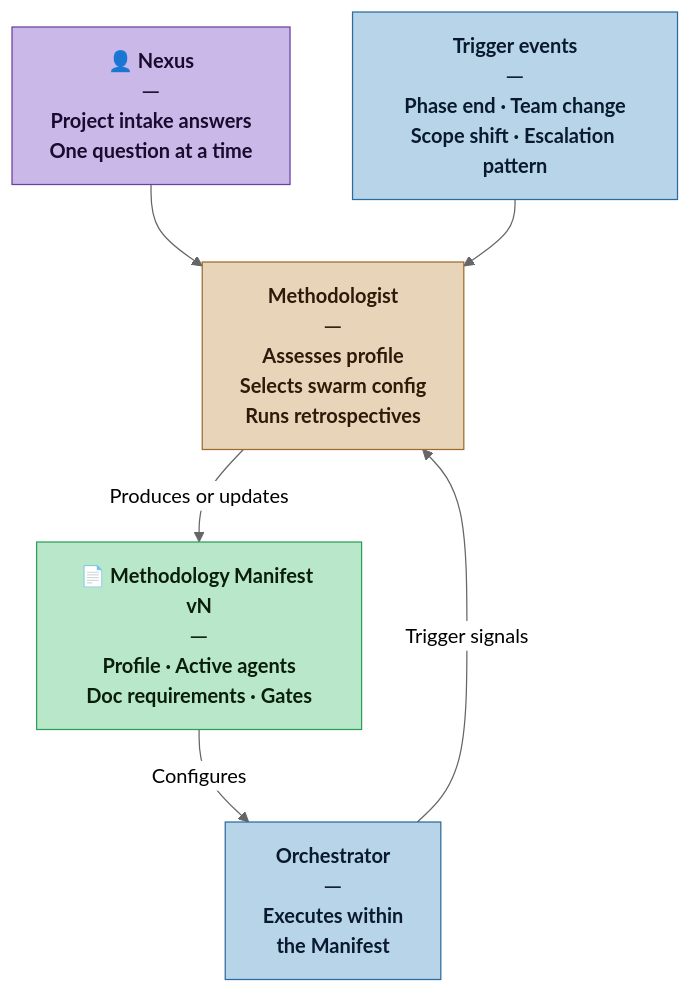
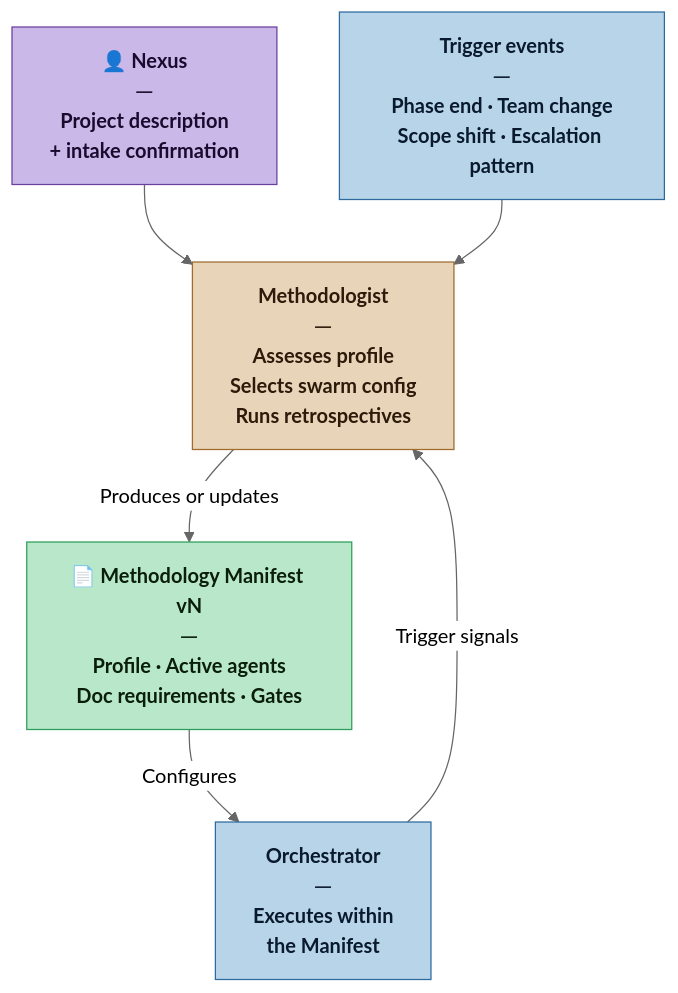
One commit to loskylp/Nexus-SDLC changed the diagram in agents/methodologist.md. Above: the diagram before and after it, drawn with Mermaid (neutral theme). The commit also changed other lines of this file and 5 other files, not shown here.

````diff
--- a/agents/methodologist.md
+++ b/agents/methodologist.md
@@ -29,19 +29,19 @@
 ```mermaid
 flowchart TD
     classDef nexus    fill:#c9b8e8,stroke:#6b3fa0,color:#1a0a2e,font-weight:bold
     classDef self     fill:#e8d4b8,stroke:#9e6b2d,color:#2e1a0a,font-weight:bold
     classDef artifact fill:#b8e8c9,stroke:#2d9e5a,color:#0a1e0a,font-weight:bold
     classDef agent    fill:#b8d4e8,stroke:#2d6b9e,color:#0a1a2e,font-weight:bold
 
-    T1["👤 Nexus<br/>─<br/>Project intake answers<br/>One question at a time"]:::nexus
+    T1["👤 Nexus<br/>─<br/>Project description<br/>+ intake confirmation"]:::nexus
     T2["Trigger events<br/>─<br/>Phase end · Team change<br/>Scope shift · Escalation pattern"]:::agent
     ME["Methodologist<br/>─<br/>Assesses profile<br/>Selects swarm config<br/>Runs retrospectives"]:::self
     MF["📄 Methodology Manifest vN<br/>─<br/>Profile · Active agents<br/>Doc requirements · Gates"]:::artifact
     OR["Orchestrator<br/>─<br/>Executes within<br/>the Manifest"]:::agent
 
     T1 --> ME
     T2 --> ME
     ME -->|"Produces or updates"| MF
     MF -->|"Configures"| OR
     OR -->|"Trigger signals"| ME
 ```
````
